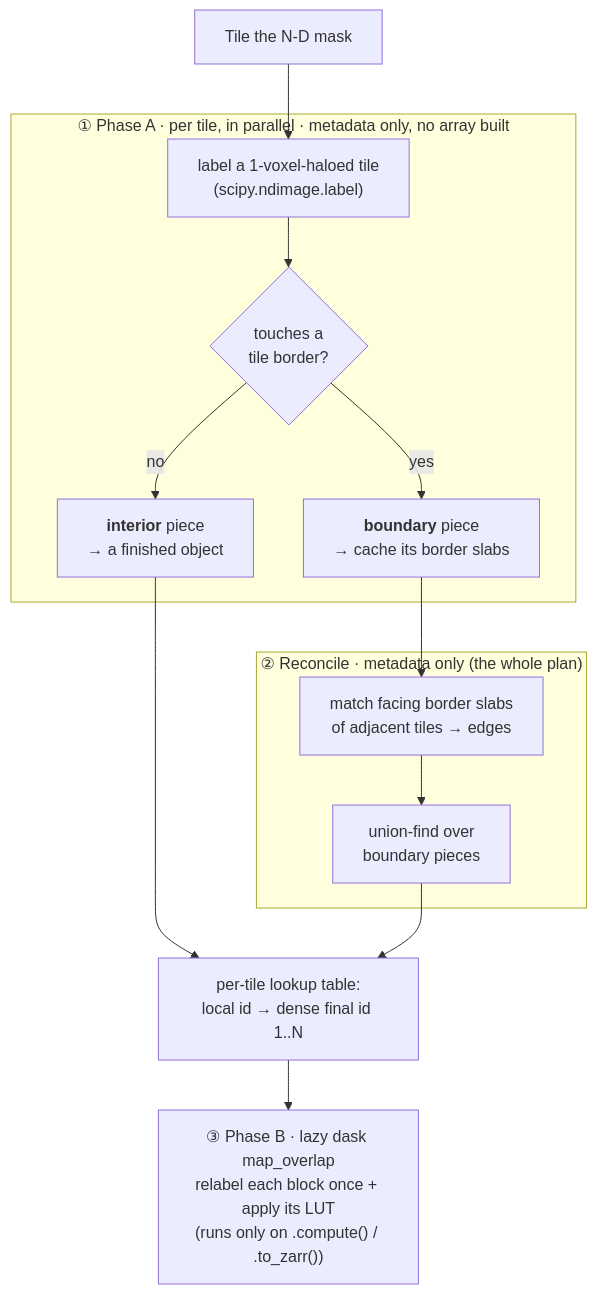
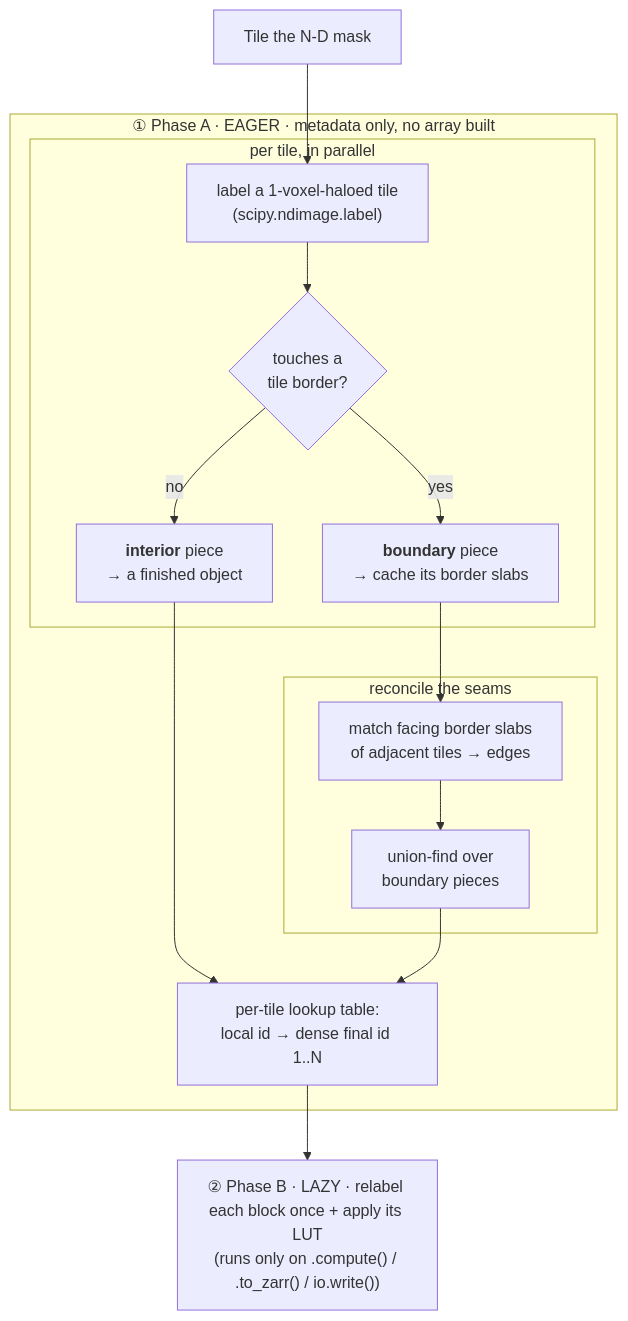
One commit to bugraoezdemir/tilewise-ccl changed the diagram in README.md. Above: the diagram before and after it, drawn with Mermaid. The commit also changed other lines of this file, not shown here.

````diff
--- a/README.md
+++ b/README.md
@@ -278,19 +285,20 @@
 ```mermaid
 flowchart TB
     T["Tile the N-D mask"] --> L
 
-    subgraph PA["① Phase A · per tile, in parallel · metadata only, no array built"]
-      L["label a 1-voxel-haloed tile<br/>(scipy.ndimage.label)"] --> Q{"touches a<br/>tile border?"}
-      Q -->|no| I["<b>interior</b> piece<br/>→ a finished object"]
-      Q -->|yes| Bd["<b>boundary</b> piece<br/>→ cache its border slabs"]
+    subgraph PA["① Phase A · EAGER · metadata only, no array built"]
+      subgraph TL["per tile, in parallel"]
+        L["label a 1-voxel-haloed tile<br/>(scipy.ndimage.label)"] --> Q{"touches a<br/>tile border?"}
+        Q -->|no| I["<b>interior</b> piece<br/>→ a finished object"]
+        Q -->|yes| Bd["<b>boundary</b> piece<br/>→ cache its border slabs"]
+      end
+      subgraph RC["reconcile the seams"]
+        M["match facing border slabs<br/>of adjacent tiles → edges"] --> U["union-find over<br/>boundary pieces"]
+      end
+      Bd --> M
+      I --> LUT["per-tile lookup table:<br/>local id → dense final id 1..N"]
+      U --> LUT
     end
 
-    subgraph RC["② Reconcile · metadata only (the whole plan)"]
-      Bd --> M["match facing border slabs<br/>of adjacent tiles → edges"]
-      M --> U["union-find over<br/>boundary pieces"]
-    end
-
-    I --> LUT["per-tile lookup table:<br/>local id → dense final id 1..N"]
-    U --> LUT
-    LUT --> PB["③ Phase B · lazy dask map_overlap<br/>relabel each block once + apply its LUT<br/>(runs only on .compute() / .to_zarr())"]
+    LUT --> PB["② Phase B · LAZY · relabel each block once + apply its LUT<br/>(runs only on .compute() / .to_zarr() / io.write())"]
 ```
````
